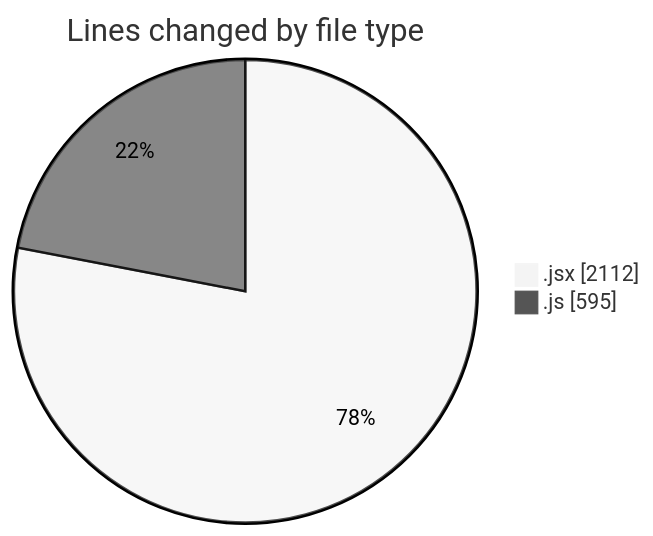
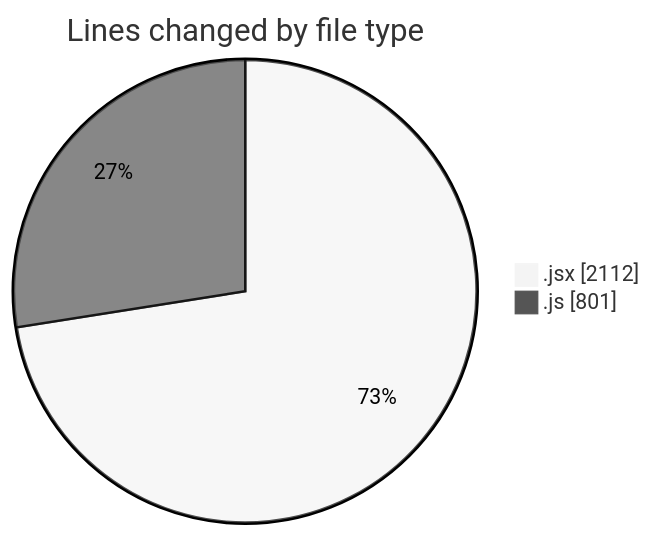
One commit to nxtqubesakshisongat/code-tracking changed the first of 2 diagrams in 2025-06-30/argos/README.md. Above: the diagram before and after it, drawn with Mermaid (neutral theme). The commit also changed other lines of this file and 1 other file, not shown here.

````diff
--- a/2025-06-30/argos/README.md
+++ b/2025-06-30/argos/README.md
@@ -28,6 +29,6 @@
 ```mermaid
 pie showData
 title Lines changed by file type
 ".jsx" : 2112
-".js" : 595
+".js" : 801
 ```
````
